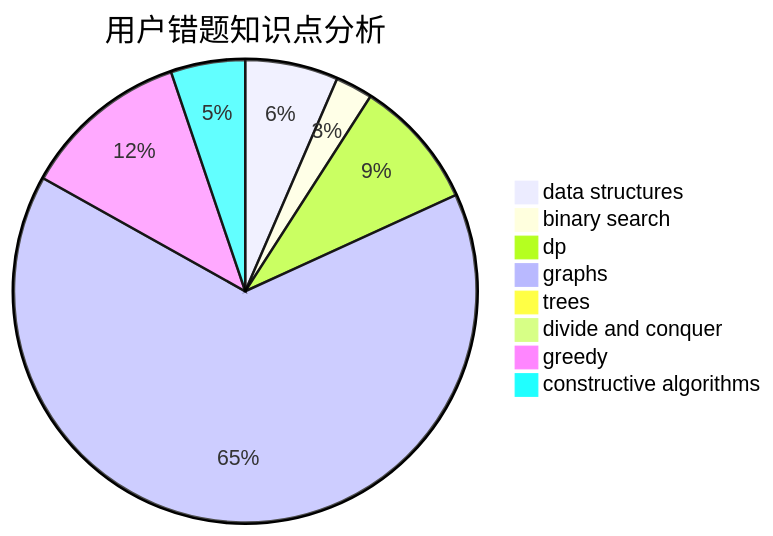
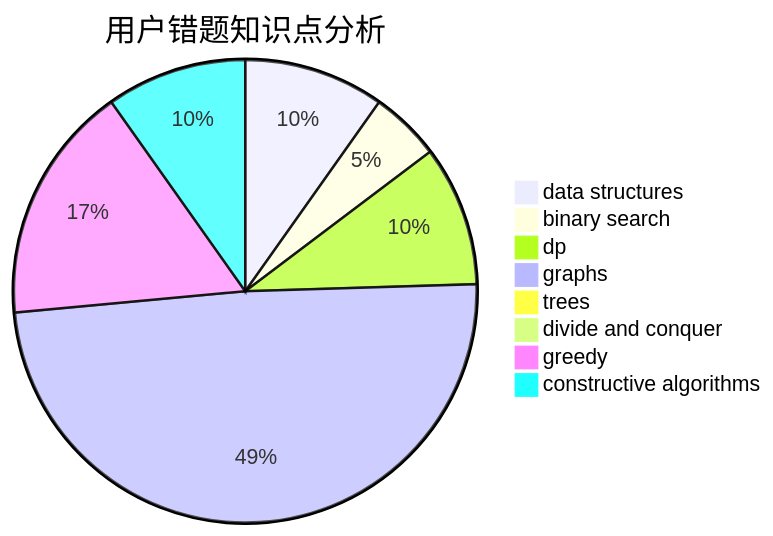
Before and after one commit to sherpahu/cfrs.github.io: the third of 3 diagrams in docs/user/u363.md, drawn with Mermaid. The commit also changed other lines of this file and 2770 other files, not shown here.

````diff
--- a/docs/user/u363.md
+++ b/docs/user/u363.md
@@ -36,11 +36,11 @@
 ```mermaid
 pie title 用户错题知识点分析
-    "data structures" :  5
-    "binary search" :  2
-    "dp" :  7
+    "data structures" :  10
+    "binary search" :  5
+    "dp" :  10
     "graphs" :  50
     "trees" :  0
     "divide and conquer" :  0
-    "greedy" :  9
-    "constructive algorithms" :  4
+    "greedy" :  17
+    "constructive algorithms" :  10
 ```
````
